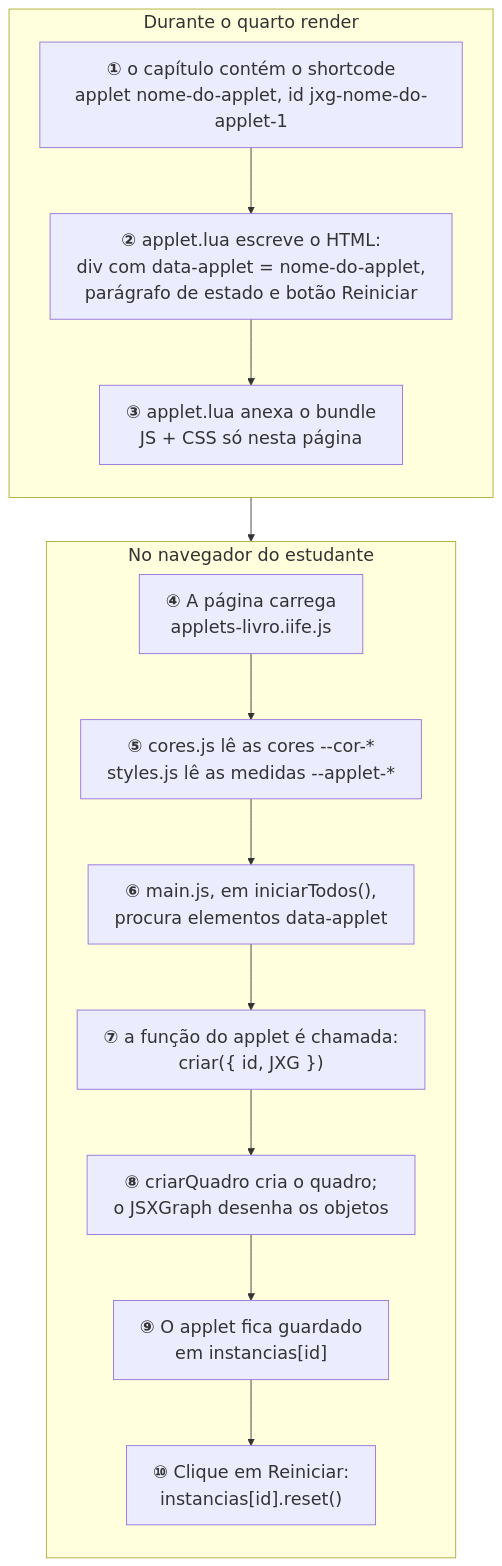
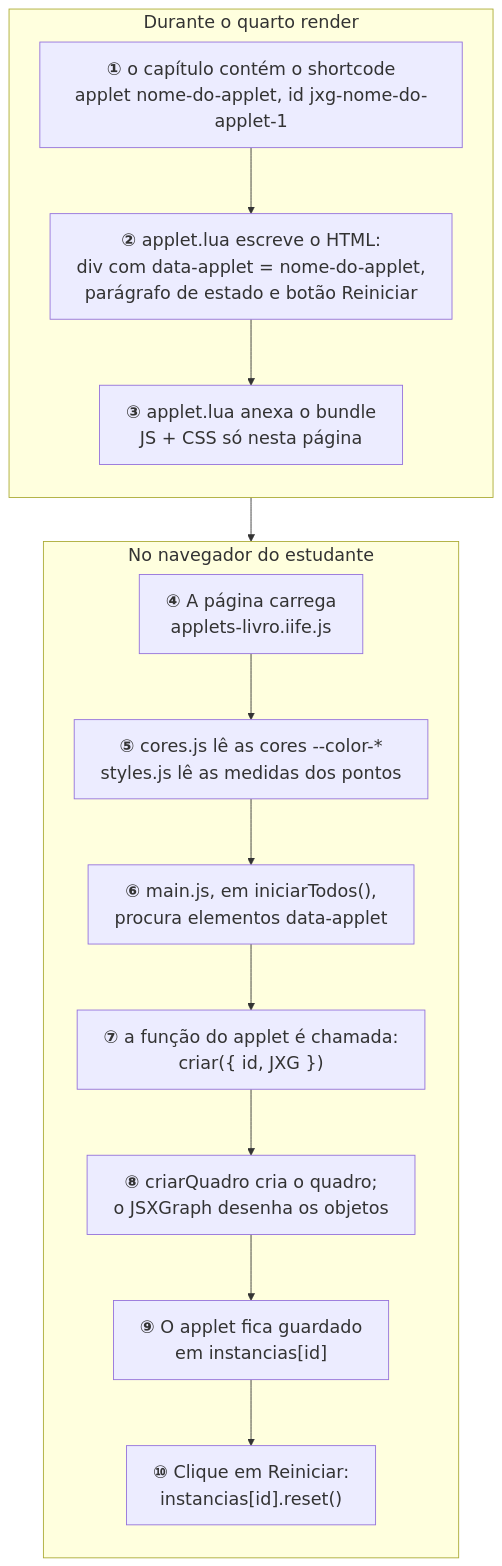
One commit to lcmerlo/livro-online-fcg changed the seventh of 9 diagrams in _interno/diretrizes/arquitetura.md. Above: the diagram before and after it, drawn with Mermaid. The commit also changed other lines of this file and 6 other files, not shown here.

````diff
--- a/_interno/diretrizes/arquitetura.md
+++ b/_interno/diretrizes/arquitetura.md
@@ -396,25 +420,25 @@
 ```mermaid
 %%{init: {"themeVariables": {"fontSize": "20px"}, "flowchart": {"wrappingWidth": 420}}}%%
 flowchart TD
     subgraph R["Durante o quarto render"]
         direction TB
         r1["<b>①</b> o capítulo contém o shortcode<br/>applet nome-do-applet, id jxg-nome-do-applet-1"]
         r2["<b>②</b> applet.lua escreve o HTML:<br/>div com data-applet = nome-do-applet,<br/>parágrafo de estado e botão Reiniciar"]
         r3["<b>③</b> applet.lua anexa o bundle<br/>JS + CSS só nesta página"]
         r1 --> r2 --> r3
     end
 
     subgraph N["No navegador do estudante"]
         direction TB
         n1["<b>④</b> A página carrega<br/>applets-livro.iife.js"]
-        n2["<b>⑤</b> cores.js lê as cores --cor-*<br/>styles.js lê as medidas --applet-*"]
+        n2["<b>⑤</b> cores.js lê as cores --color-*<br/>styles.js lê as medidas dos pontos"]
         n3["<b>⑥</b> main.js, em iniciarTodos(),<br/>procura elementos data-applet"]
         n4["<b>⑦</b> a função do applet é chamada:<br/>criar<Nome>({ id, JXG })"]
         n5["<b>⑧</b> criarQuadro cria o quadro;<br/>o JSXGraph desenha os objetos"]
         n6["<b>⑨</b> O applet fica guardado<br/>em instancias[id]"]
         n7["<b>⑩</b> Clique em Reiniciar:<br/>instancias[id].reset()"]
         n1 --> n2 --> n3 --> n4 --> n5 --> n6 --> n7
     end
 
     R --> N
 ```
````
